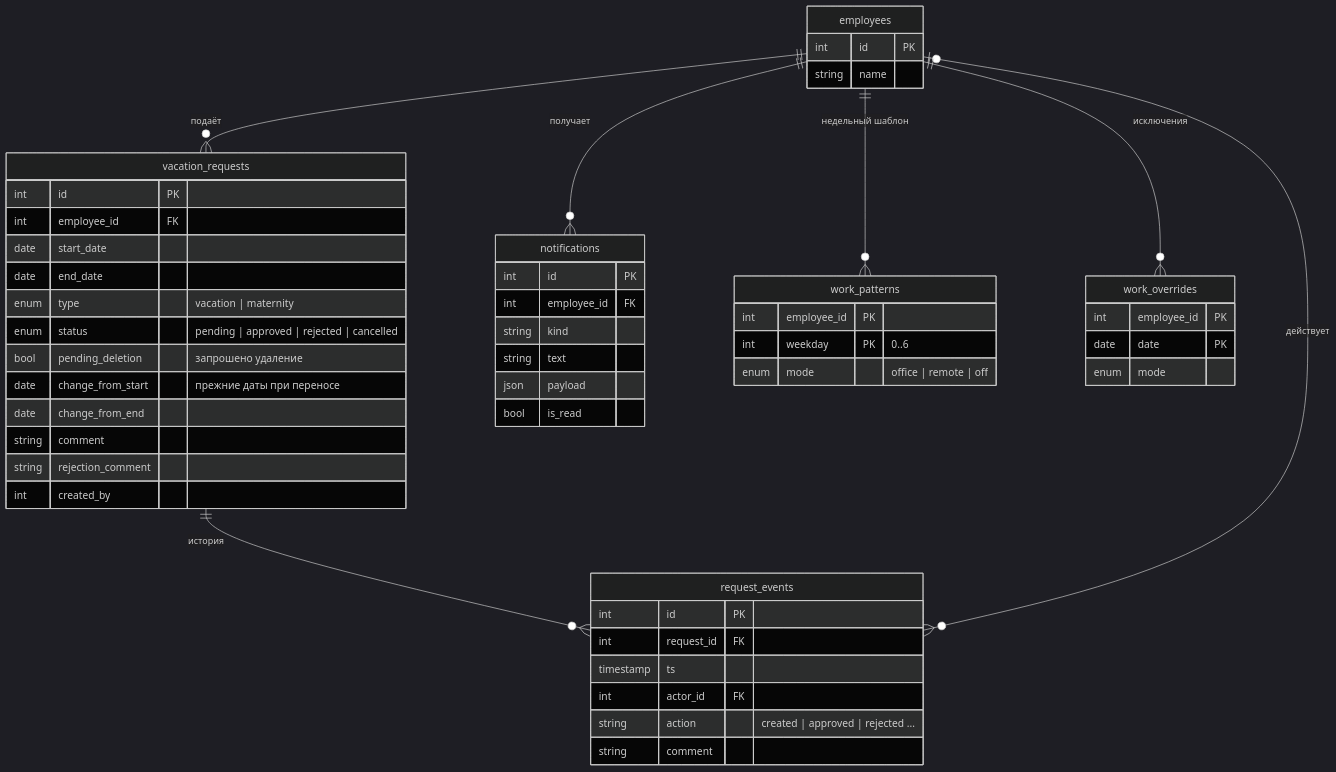
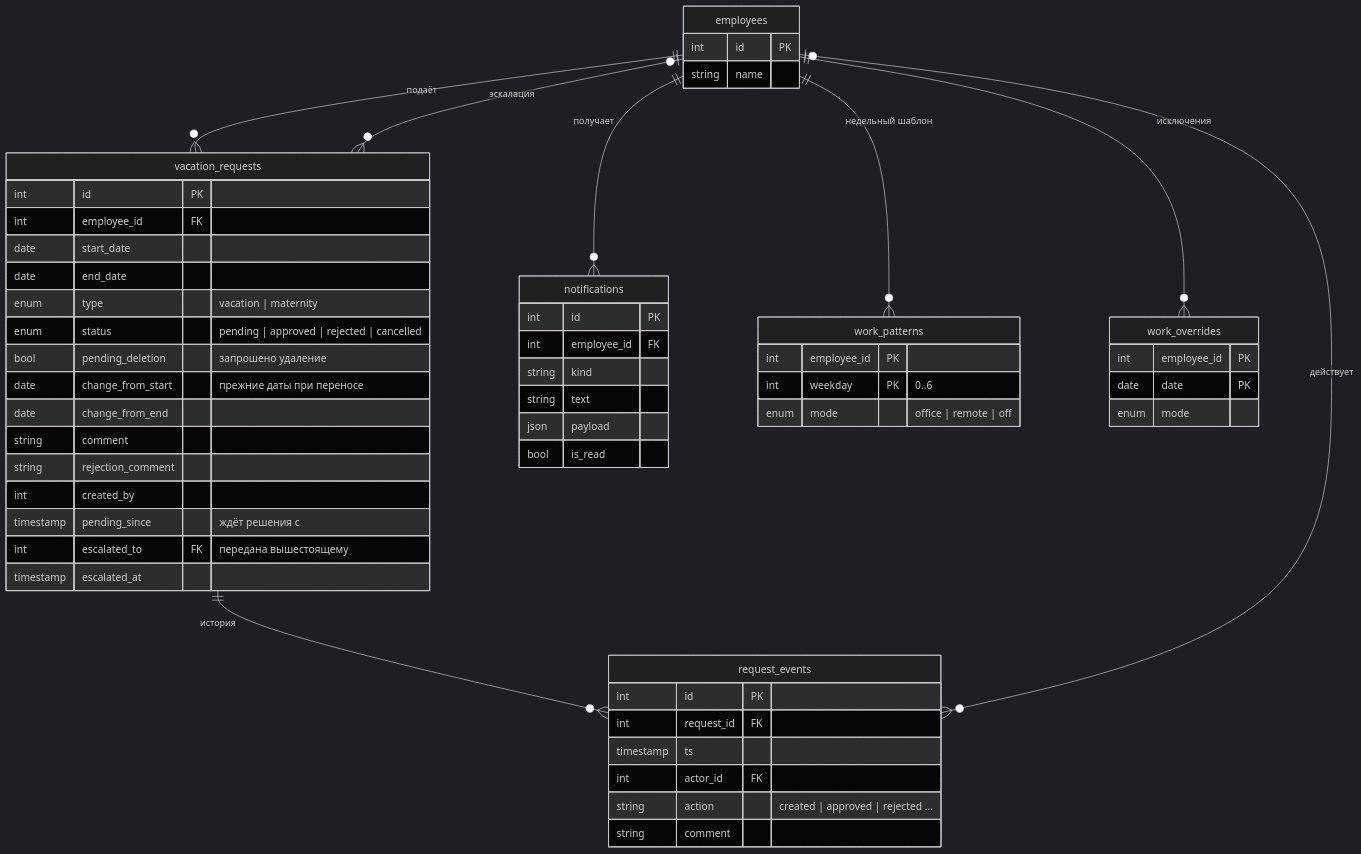
One commit to ayurasov/vacation-planner changed the diagram in docs/diagrams/er-requests.mmd. Above: the diagram before and after it, drawn with Mermaid (dark theme). The commit also changed 91 other files, not shown here.

```diff
--- a/docs/diagrams/er-requests.mmd
+++ b/docs/diagrams/er-requests.mmd
@@ -1,51 +1,55 @@
 erDiagram
   employees ||--o{ vacation_requests : "подаёт"
   vacation_requests ||--o{ request_events : "история"
   employees |o--o{ request_events : "действует"
   employees ||--o{ notifications : "получает"
   employees ||--o{ work_patterns : "недельный шаблон"
   employees ||--o{ work_overrides : "исключения"
+  employees |o--o{ vacation_requests : "эскалация"
   vacation_requests {
     int id PK
     int employee_id FK
     date start_date
     date end_date
     enum type "vacation | maternity"
     enum status "pending | approved | rejected | cancelled"
     bool pending_deletion "запрошено удаление"
     date change_from_start "прежние даты при переносе"
     date change_from_end
     string comment
     string rejection_comment
     int created_by
+    timestamp pending_since "ждёт решения с"
+    int escalated_to FK "передана вышестоящему"
+    timestamp escalated_at
   }
   request_events {
     int id PK
     int request_id FK
     timestamp ts
     int actor_id FK
     string action "created | approved | rejected ..."
     string comment
   }
   notifications {
     int id PK
     int employee_id FK
     string kind
     string text
     json payload
     bool is_read
   }
   work_patterns {
     int employee_id PK
     int weekday PK "0..6"
     enum mode "office | remote | off"
   }
   work_overrides {
     int employee_id PK
     date date PK
     enum mode
   }
   employees {
     int id PK
     string name
   }
```
